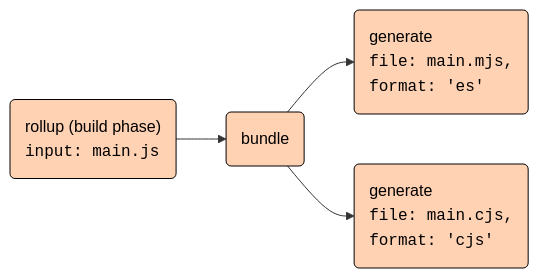
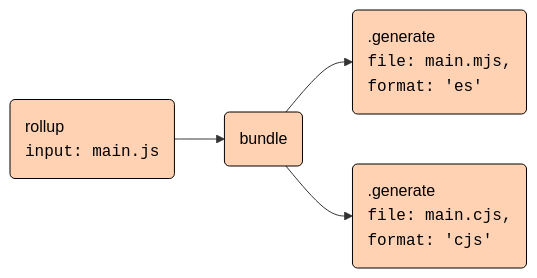
Before and after one commit to rollup/rollup: the diagram in ARCHITECTURE.md, drawn with Mermaid. The commit also changed other lines of this file and 1 other file, not shown here.

````diff
--- a/ARCHITECTURE.md
+++ b/ARCHITECTURE.md
@@ -63,12 +53,12 @@
 ```mermaid
 flowchart LR
     classDef default fill: transparent, color: black;
     classDef graphobject fill: #ffb3b3, stroke: black;
     classDef command fill: #ffd2b3, stroke: black, text-align: left;
-    build("rollup (build phase)\n<code>input: main.js</code>"):::command
+    build("rollup\n<code>input: main.js</code>"):::command
     --> bundle(bundle):::command
-    --> generate1("generate\n<code>file: main.mjs,\nformat: 'es'</code>"):::command
+    --> generate1(".generate\n<code>file: main.mjs,\nformat: 'es'</code>"):::command
 
     bundle
-    -->generate2("generate\n<code>file: main.cjs,\nformat: 'cjs'</code>"):::command
+    -->generate2(".generate\n<code>file: main.cjs,\nformat: 'cjs'</code>"):::command
 ```
````
